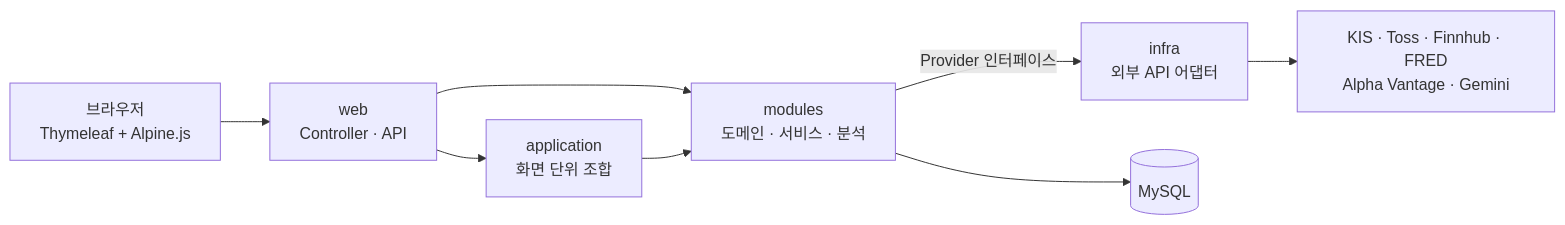
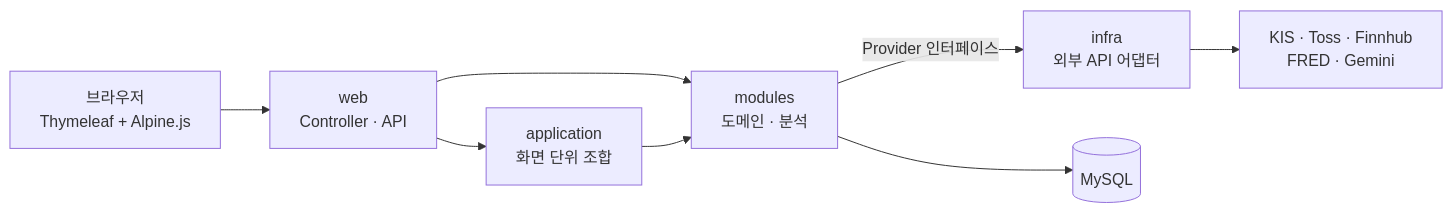
Before and after one commit to 3564254/stock-log: the diagram in README.md, drawn with Mermaid. The commit also changed other lines of this file and 115 other files, not shown here.

````diff
--- a/README.md
+++ b/README.md
@@ -64,10 +64,10 @@
 ```mermaid
 flowchart LR
     B[브라우저<br/>Thymeleaf + Alpine.js] --> W[web<br/>Controller · API]
     W --> A[application<br/>화면 단위 조합]
-    W --> M[modules<br/>도메인 · 서비스 · 분석]
+    W --> M[modules<br/>도메인 · 분석]
     A --> M
     M -->|Provider 인터페이스| I[infra<br/>외부 API 어댑터]
     M --> D[(MySQL)]
-    I --> E[KIS · Toss · Finnhub · FRED<br/>Alpha Vantage · Gemini]
+    I --> E[KIS · Toss · Finnhub<br/>FRED · Gemini]
 ```
````
